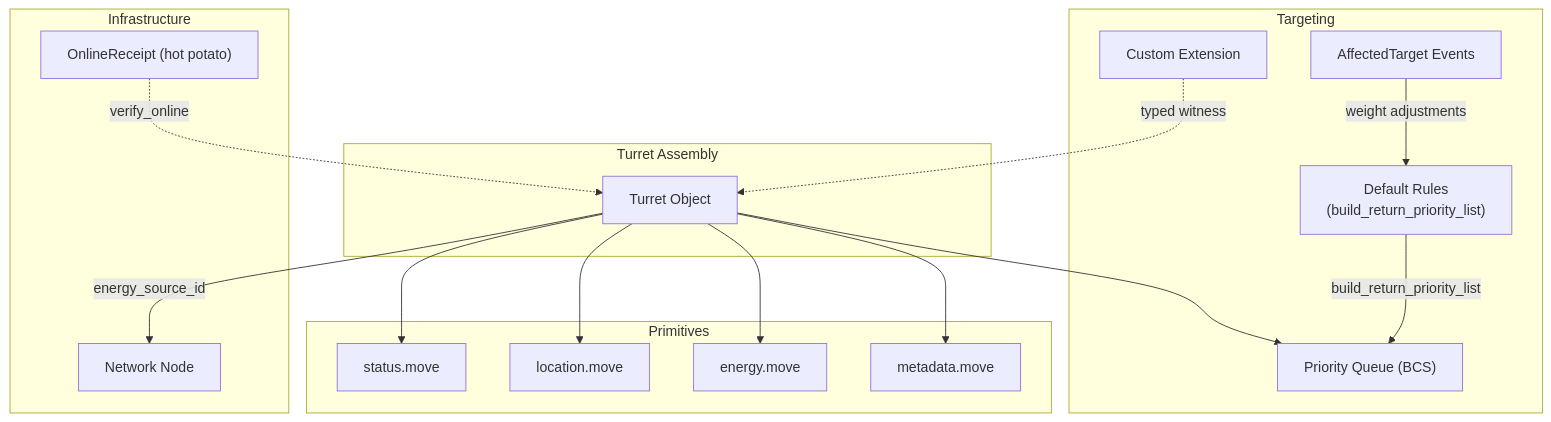
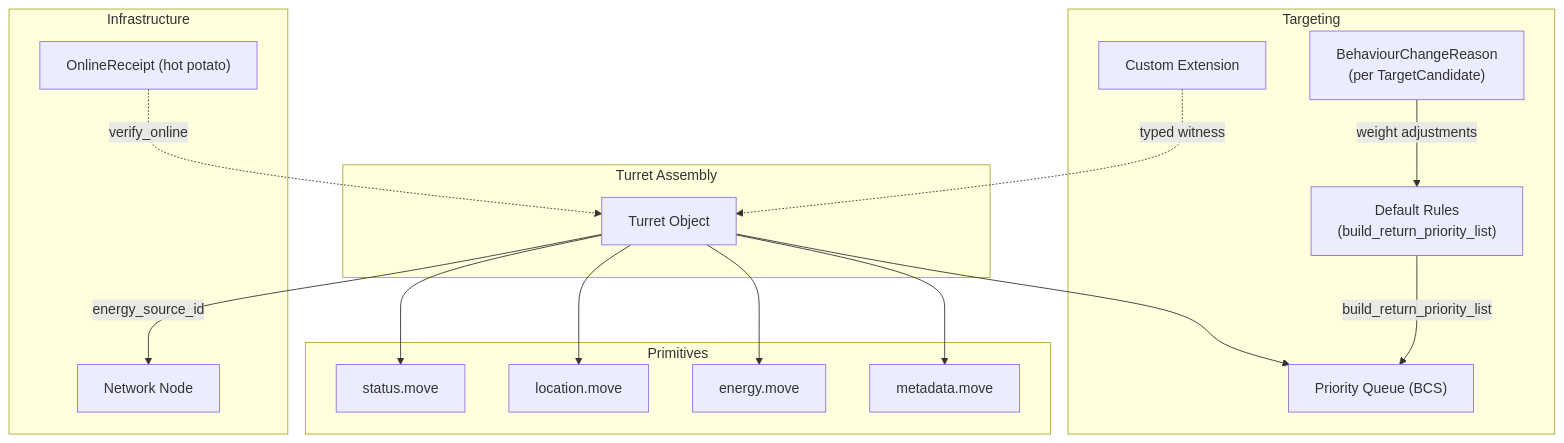
The first of 3 diagrams in content/develop/world-contracts/assemblies/turret.move.md (Scetrov/frontier.scetrov.live), drawn with Mermaid before and after one commit. The commit also changed other lines of this file and 7 other files, not shown here.

````diff
--- a/content/develop/world-contracts/assemblies/turret.move.md
+++ b/content/develop/world-contracts/assemblies/turret.move.md
@@ -28,36 +28,36 @@
 ```mermaid
 flowchart TD
     subgraph Turret Assembly
         T[Turret Object]
     end
 
     subgraph Primitives
         Status["status.move"]
         Location["location.move"]
         Energy["energy.move"]
         Metadata["metadata.move"]
     end
 
     subgraph Targeting
         P["Priority Queue (BCS)"]
         Rules["Default Rules\n(build_return_priority_list)"]
         Ext["Custom Extension"]
-        AT["AffectedTarget Events"]
+        BC["BehaviourChangeReason\n(per TargetCandidate)"]
     end
 
     subgraph Infrastructure
         NWN["Network Node"]
         Receipt["OnlineReceipt (hot potato)"]
     end
 
     T --> Status
     T --> Location
     T --> Energy
     T --> Metadata
     T -->|energy_source_id| NWN
     T --> P
     Rules -->|build_return_priority_list| P
-    AT -->|weight adjustments| Rules
+    BC -->|weight adjustments| Rules
     Ext -.->|typed witness| T
     Receipt -.->|verify_online| T
 ```
````
